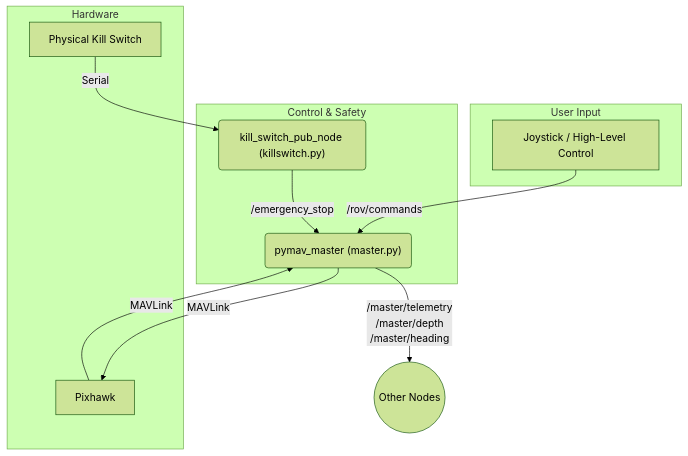
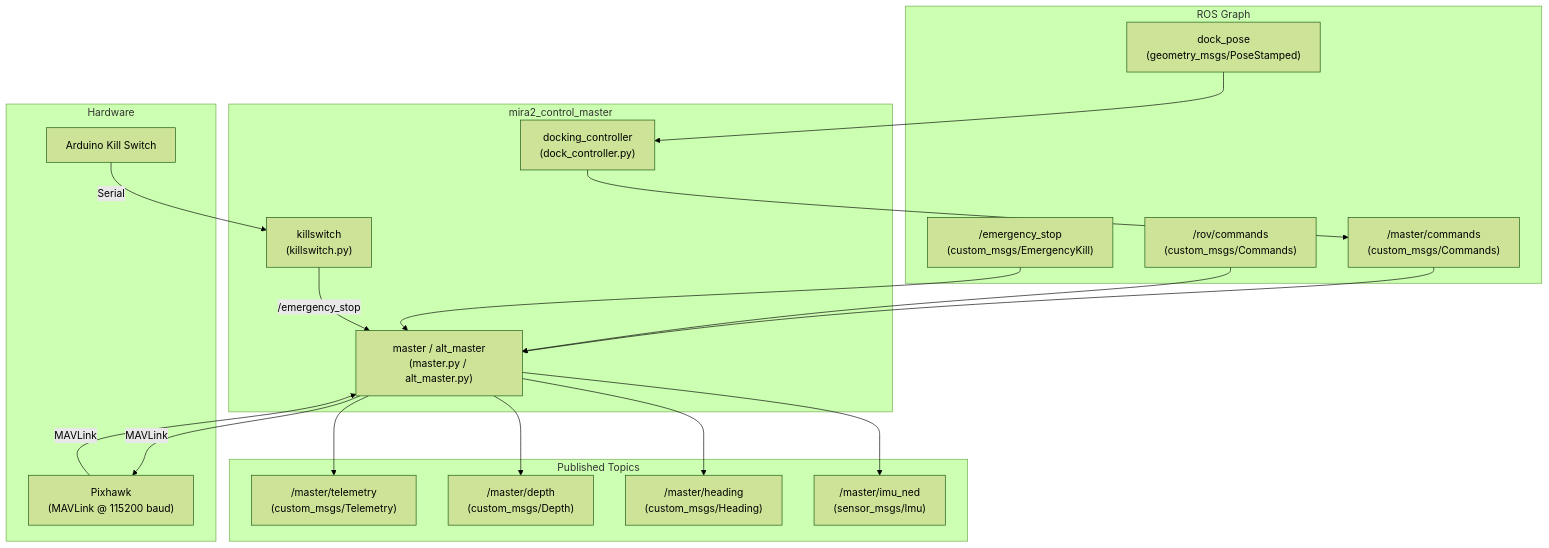
One commit to davidnoronha1/mira changed the first of 2 diagrams in src/mira2_control_master/README.md. Above: the diagram before and after it, drawn with Mermaid (forest theme). The commit also changed other lines of this file and 11 other files, not shown here.

````diff
--- a/src/mira2_control_master/README.md
+++ b/src/mira2_control_master/README.md
@@ -14,23 +7,45 @@
 ```mermaid
 graph TD
-    subgraph User Input
-        A[Joystick / High-Level Control]
+    subgraph ROS Graph
+        RCMD["/master/commands<br/>(custom_msgs/Commands)"]
+        VCMD["/rov/commands<br/>(custom_msgs/Commands)"]
+        EKILL["/emergency_stop<br/>(custom_msgs/EmergencyKill)"]
+        DPOSE["dock_pose<br/>(geometry_msgs/PoseStamped)"]
     end
 
-    subgraph Control & Safety
-        pymav_master("pymav_master (master.py)");
-        kill_switch_pub("kill_switch_pub_node (killswitch.py)");
+    subgraph mira2_control_master
+        MASTER["master / alt_master<br/>(master.py / alt_master.py)"]
+        KS["killswitch<br/>(killswitch.py)"]
+        DOCK["docking_controller<br/>(dock_controller.py)"]
+    end
+
+    subgraph Published Topics
+        TEL["/master/telemetry<br/>(custom_msgs/Telemetry)"]
+        DEP["/master/depth<br/>(custom_msgs/Depth)"]
+        HDG["/master/heading<br/>(custom_msgs/Heading)"]
+        IMU["/master/imu_ned<br/>(sensor_msgs/Imu)"]
     end
 
     subgraph Hardware
-        P[Pixhawk];
-        K[Physical Kill Switch];
+        PX["Pixhawk<br/>(MAVLink @ 115200 baud)"]
+        ARD["Arduino Kill Switch"]
     end
 
-    A -- "/rov/commands" --> pymav_master;
-    K -- Serial --> kill_switch_pub;
-    kill_switch_pub -- "/emergency_stop" --> pymav_master;
-    pymav_master -- MAVLink --> P;
-    P -- MAVLink --> pymav_master;
-    pymav_master -- "/master/telemetry\n/master/depth\n/master/heading" --> Other_Nodes((Other Nodes));
+    RCMD --> MASTER
+    VCMD --> MASTER
+    EKILL --> MASTER
+    DPOSE --> DOCK
+
+    ARD -- Serial --> KS
+    KS -- "/emergency_stop" --> MASTER
+
+    MASTER -- MAVLink --> PX
+    PX -- MAVLink --> MASTER
+
+    MASTER --> TEL
+    MASTER --> DEP
+    MASTER --> HDG
+    MASTER --> IMU
+
+    DOCK --> RCMD
 ```
````
